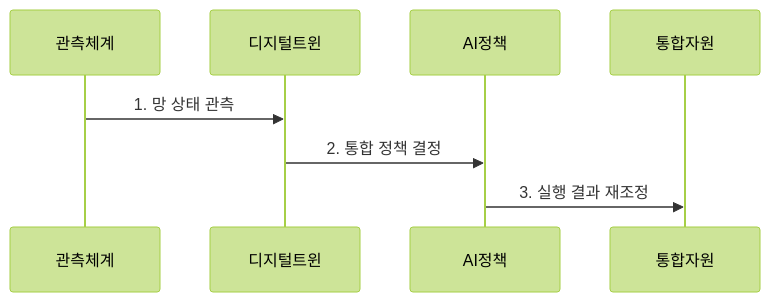
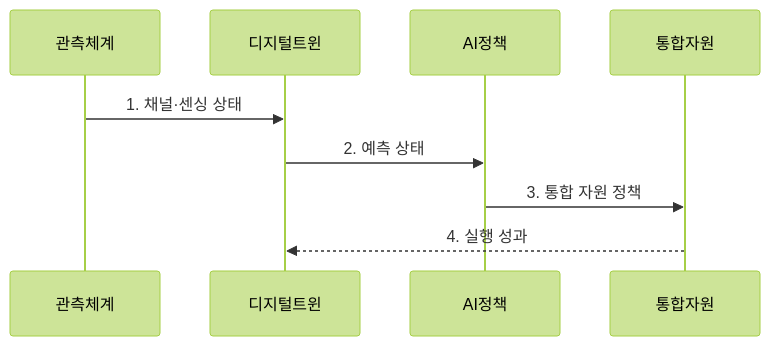
Before and after one commit to agnusdei1207/knowledge-base: the second of 2 diagrams in src/content/docs/notes/04-network/042_6g_technologies.md, drawn with Mermaid (forest theme). The commit also changed other lines of this file and 20 other files, not shown here.

````diff
--- a/src/content/docs/notes/04-network/042_6g_technologies.md
+++ b/src/content/docs/notes/04-network/042_6g_technologies.md
@@ -81,10 +87,11 @@
 ```mermaid
 sequenceDiagram
     participant 관측체계
     participant 디지털트윈
     participant AI정책
     participant 통합자원
-    관측체계->>디지털트윈: 1. 망 상태 관측
-    디지털트윈->>AI정책: 2. 통합 정책 결정
-    AI정책->>통합자원: 3. 실행 결과 재조정
+    관측체계->>디지털트윈: 1. 채널·센싱 상태
+    디지털트윈->>AI정책: 2. 예측 상태
+    AI정책->>통합자원: 3. 통합 자원 정책
+    통합자원-->>디지털트윈: 4. 실행 성과
 ```
````
